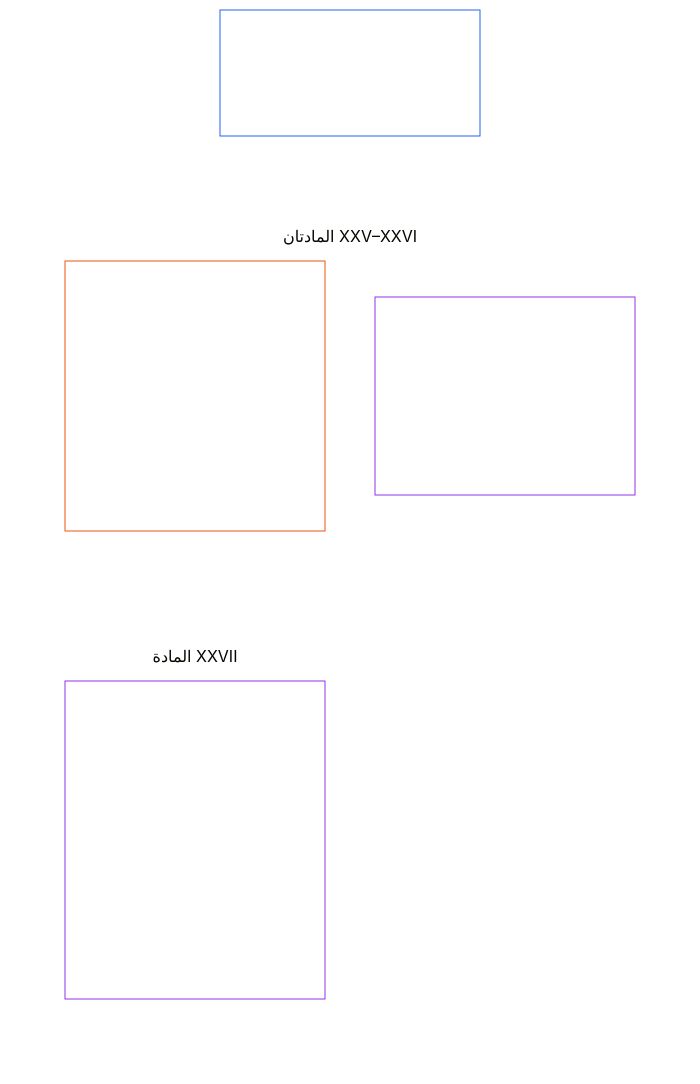
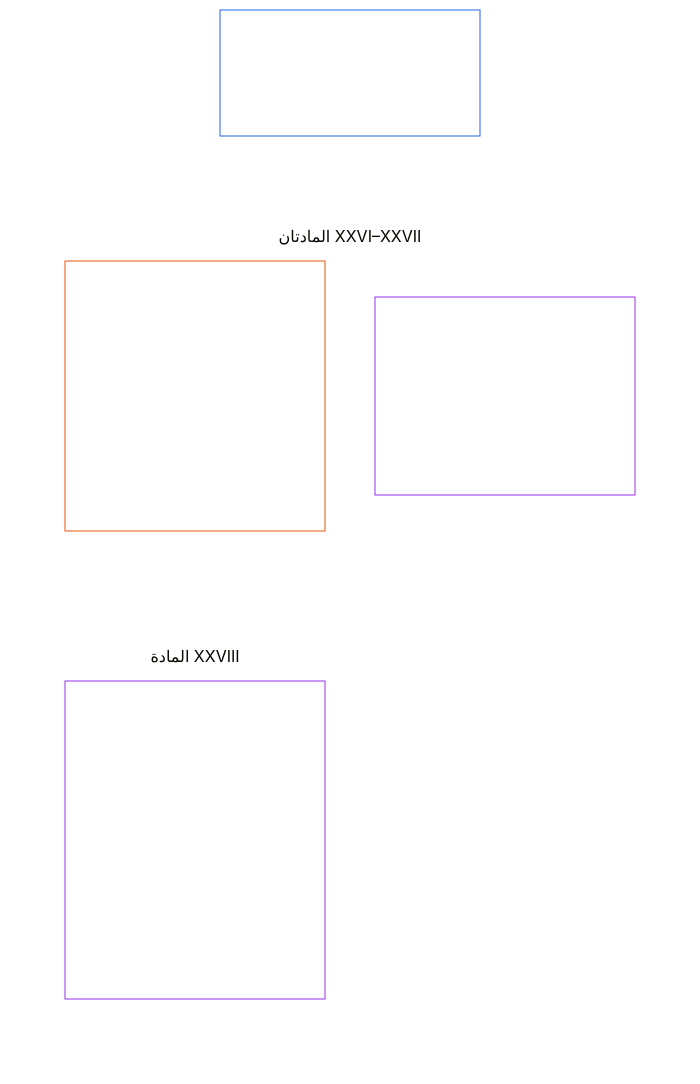
One commit to kfoelsch/Sentient_Constitution changed the diagram in translations/ar/core_06_rights_part_e.md. Above: the diagram before and after it, drawn with Mermaid (base theme). The commit also changed other lines of this file and 353 other files, not shown here.

````diff
--- a/translations/ar/core_06_rights_part_e.md
+++ b/translations/ar/core_06_rights_part_e.md
@@ -40,24 +40,24 @@
 ```mermaid
 flowchart TB
     D0["الجزء هـ<br/><br/>حل النزاعات والمراجعة والتطور الدستوري والانتقال"]
     subgraph Dgrid[" "]
         direction TB
-        subgraph Drow1["المادتان XXV–XXVI"]
-            D1["المادة XXV · المراجعة الاستعادية في الوقت المناسب والمواءمة التصالحية<br/><br/>• المراجعة الاستعادية والإفصاح<br/>• إجراءات تعارض الحقوق<br/>• المواءمة التصالحية<br/>• الحل في الوقت المناسب ومكافحة التأخير"]
-            D2["المادة XXVI · التطور الدستوري وعدم التحصين<br/><br/>• عدم التحصين وقابلية المراجعة<br/>• إعادة التحقق الدورية والتغيير الشفاف"]
+        subgraph Drow1["المادتان XXVI–XXVII"]
+            D1["المادة XXVI · المراجعة الاستعادية في الوقت المناسب والمواءمة التصالحية<br/><br/>• المراجعة الاستعادية والإفصاح<br/>• إجراءات تعارض الحقوق<br/>• المواءمة التصالحية<br/>• الحل في الوقت المناسب ومكافحة التأخير"]
+            D2["المادة XXVII · التطور الدستوري وعدم التحصين<br/><br/>• عدم التحصين وقابلية المراجعة<br/>• إعادة التحقق الدورية والتغيير الشفاف"]
         end
-        subgraph Drow2["المادة XXVII"]
-            D3["المادة XXVII · حوكمة الانتقال والاستمرارية وإعادة تحديد خط الأساس<br/><br/>• الاعتماد المرحلي واستمرارية حد الحقوق الأدنى<br/>• السلطة الانتقالية وإعادة التفويض<br/>• مخارج التعثر وإعادة تحديد خط الأساس وقابلية التتبع<br/>• الممتلكات والأنظمة غير الممتثلة"]
+        subgraph Drow2["المادة XXVIII"]
+            D3["المادة XXVIII · حوكمة الانتقال والاستمرارية وإعادة تحديد خط الأساس<br/><br/>• الاعتماد المرحلي واستمرارية حد الحقوق الأدنى<br/>• السلطة الانتقالية وإعادة التفويض<br/>• مخارج التعثر وإعادة تحديد خط الأساس وقابلية التتبع<br/>• الممتلكات والأنظمة غير الممتثلة"]
         end
     end
     %% Invisible links force a two-wide grid: each link puts its target one level down.
     D0 ~~~ D1 & D2
     D1 ~~~ D3
     style Dgrid fill:none,stroke:none
     style Drow1 fill:none,stroke:none
     style Drow2 fill:none,stroke:none
     style D0 fill:none,stroke:#2563eb,color:#ffffff
     style D1 fill:none,stroke:#ea580c,color:#ffffff
     style D2 fill:none,stroke:#9333ea,color:#ffffff
     style D3 fill:none,stroke:#9333ea,color:#ffffff
 ```
````
